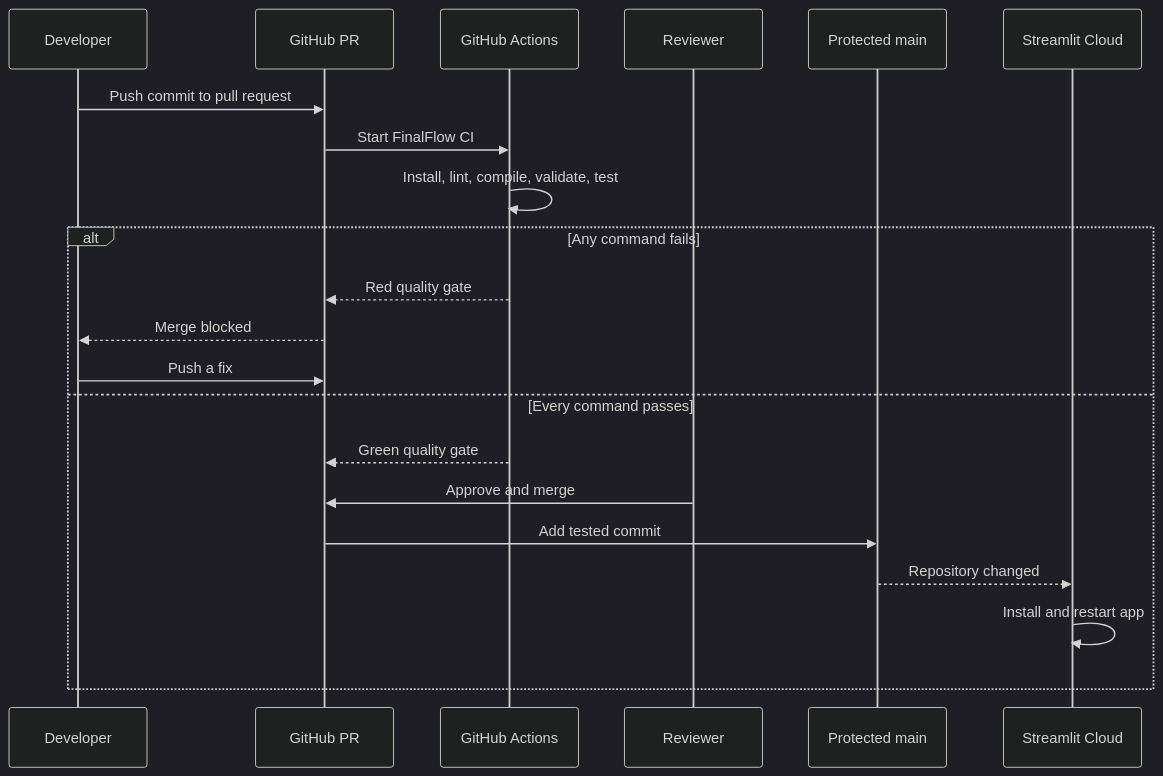
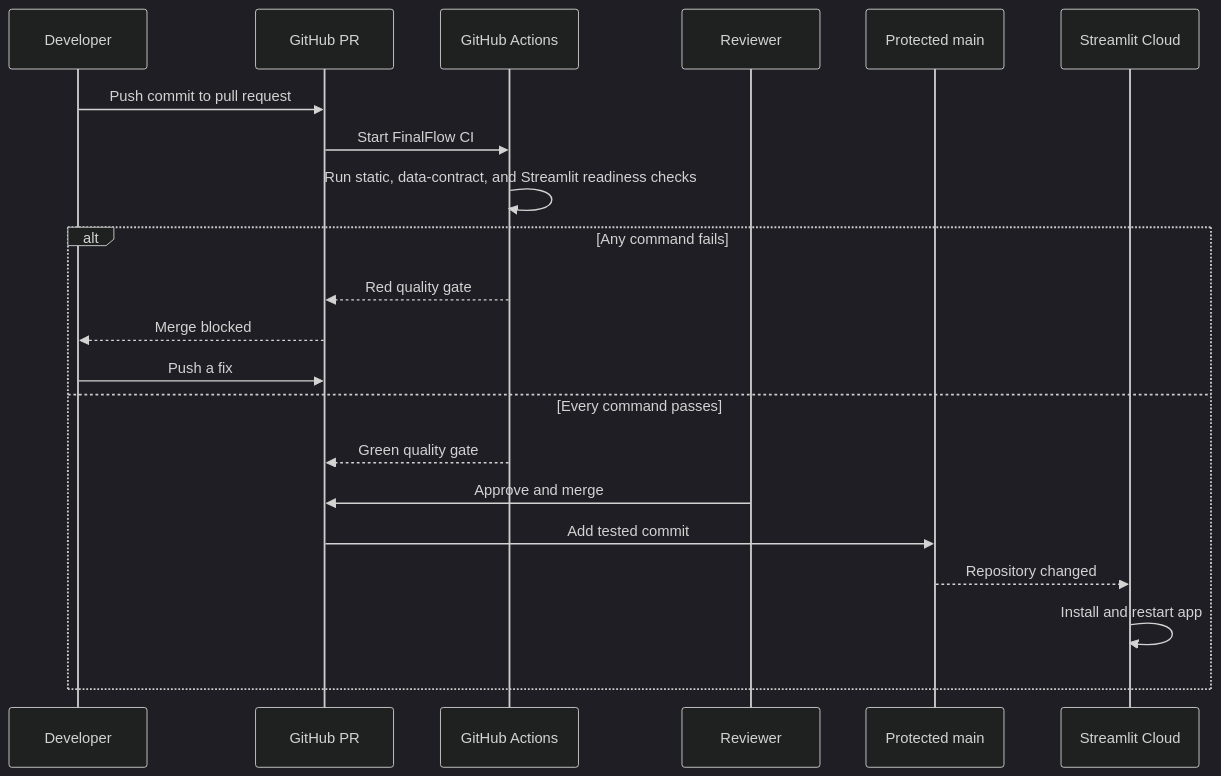
Before and after one commit to Bop95/RiceHack: the diagram in docs/engineering/ci-cd-beginner-guide.md, drawn with Mermaid (dark theme). The commit also changed other lines of this file and 30 other files, not shown here.

````diff
--- a/docs/engineering/ci-cd-beginner-guide.md
+++ b/docs/engineering/ci-cd-beginner-guide.md
@@ -108,24 +108,24 @@
 ```mermaid
 sequenceDiagram
     participant Dev as Developer
     participant GH as GitHub PR
     participant CI as GitHub Actions
     participant Review as Reviewer
     participant Branch as Protected main
     participant Cloud as Streamlit Cloud
 
     Dev->>GH: Push commit to pull request
     GH->>CI: Start FinalFlow CI
-    CI->>CI: Install, lint, compile, validate, test
+    CI->>CI: Run static, data-contract, and Streamlit readiness checks
     alt Any command fails
         CI-->>GH: Red quality gate
         GH-->>Dev: Merge blocked
         Dev->>GH: Push a fix
     else Every command passes
         CI-->>GH: Green quality gate
         Review->>GH: Approve and merge
         GH->>Branch: Add tested commit
         Branch-->>Cloud: Repository changed
         Cloud->>Cloud: Install and restart app
     end
 ```
````
